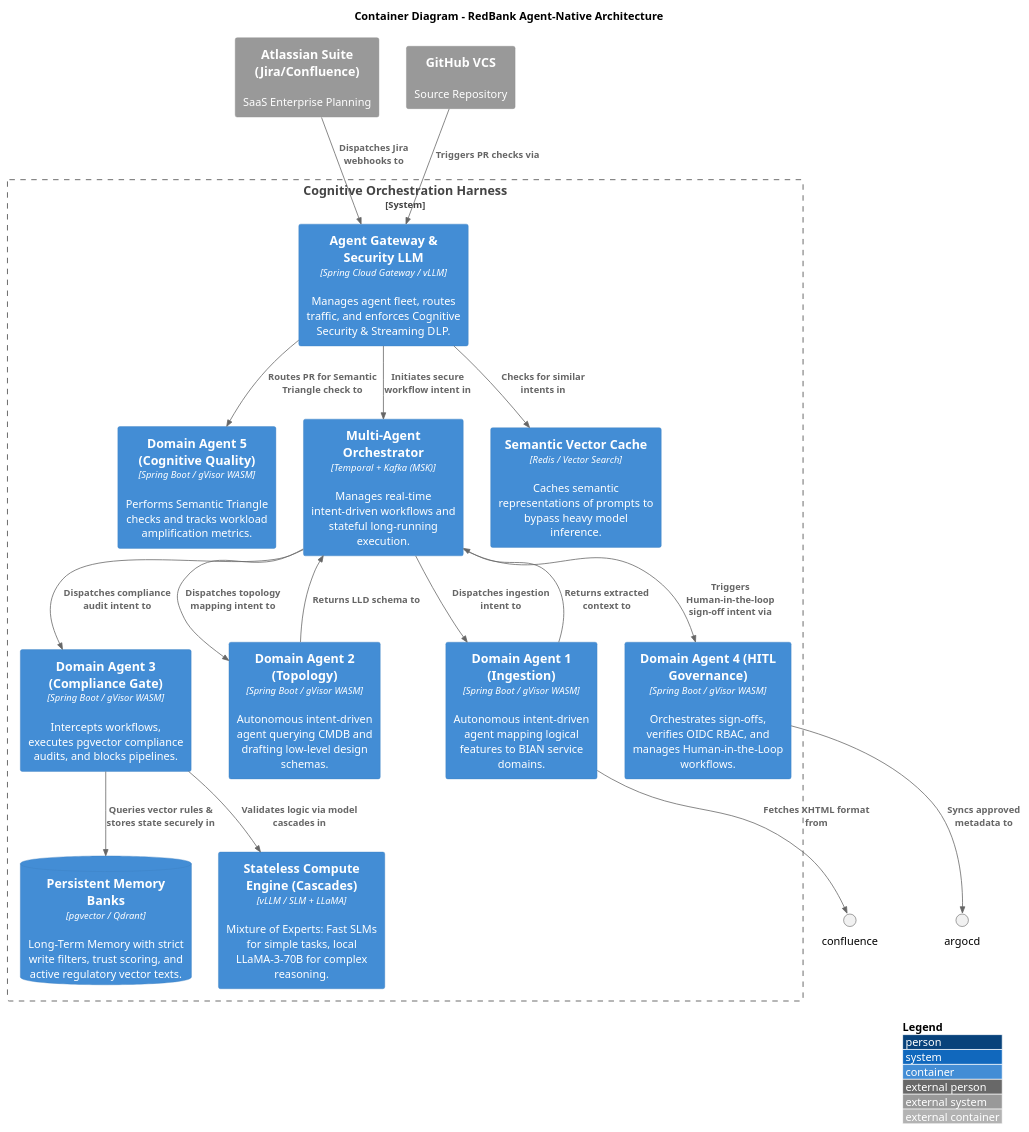
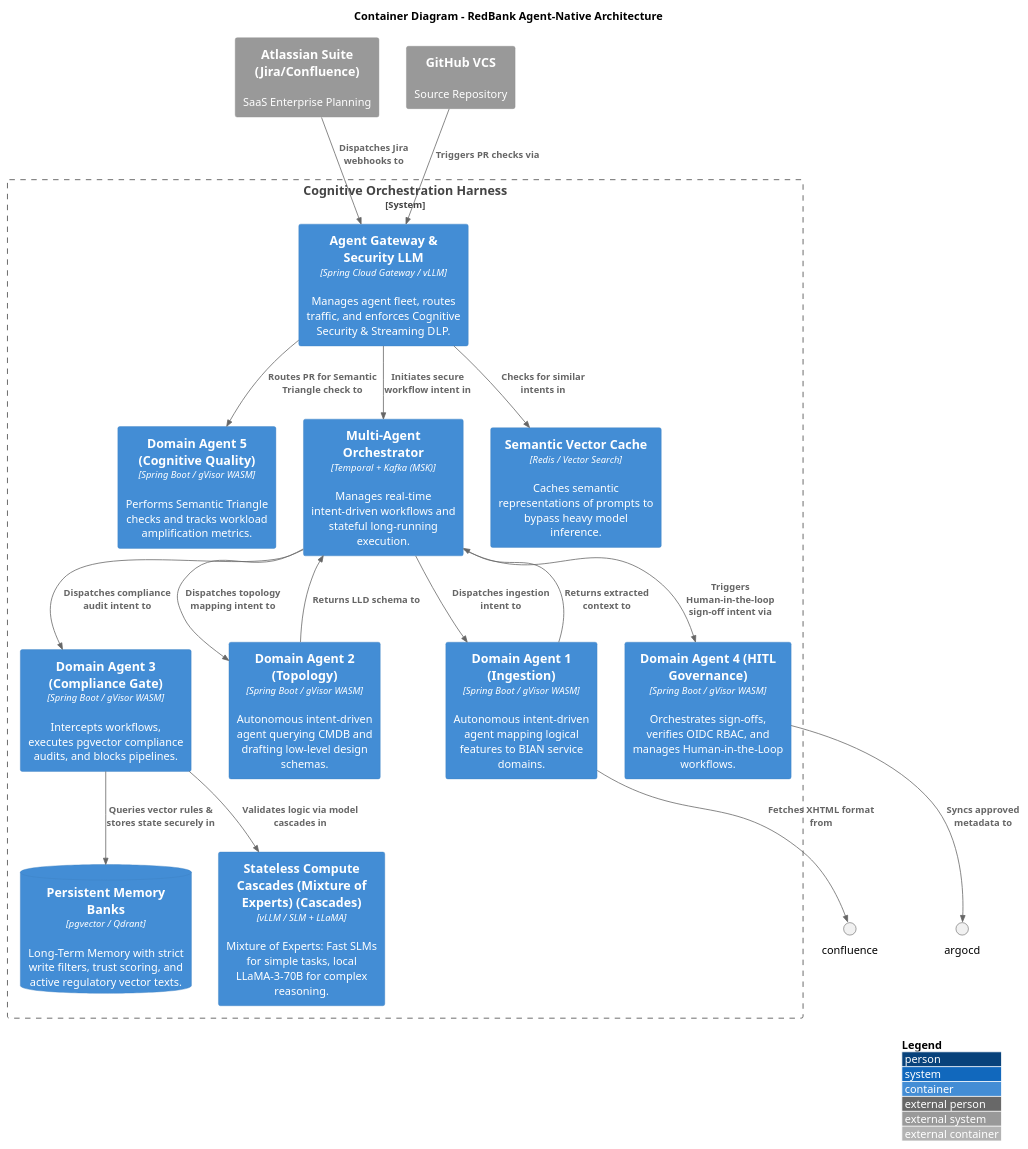
The diagram in redbank-core/c4_container_v2.puml (COPUR/X_Bank-Agentive-Architecture-Framework), drawn with PlantUML before and after one commit. The commit also changed 18 other files, not shown here.

Commit message:
refactor: replace outdated architectural terminologies globally

```diff
--- a/redbank-core/c4_container_v2.puml
+++ b/redbank-core/c4_container_v2.puml
@@ -1,42 +1,42 @@
 @startuml c4_container
 !include https://raw.githubusercontent.com/plantuml-stdlib/C4-PlantUML/master/C4_Container.puml
 
 LAYOUT_WITH_LEGEND()
 
 title Container Diagram - RedBank Agent-Native Architecture
 
 System_Boundary(harness_boundary, "Cognitive Orchestration Harness") {
     Container(agent_gateway, "Agent Gateway & Security LLM", "Spring Cloud Gateway / vLLM", "Manages agent fleet, routes traffic, and enforces Cognitive Security & Streaming DLP.")
     
     Container(agent1, "Domain Agent 1 (Ingestion)", "Spring Boot / gVisor WASM", "Autonomous intent-driven agent mapping logical features to BIAN service domains.")
     Container(agent2, "Domain Agent 2 (Topology)", "Spring Boot / gVisor WASM", "Autonomous intent-driven agent querying CMDB and drafting low-level design schemas.")
     Container(agent3, "Domain Agent 3 (Compliance Gate)", "Spring Boot / gVisor WASM", "Intercepts workflows, executes pgvector compliance audits, and blocks pipelines.")
     Container(agent4, "Domain Agent 4 (HITL Governance)", "Spring Boot / gVisor WASM", "Orchestrates sign-offs, verifies OIDC RBAC, and manages Human-in-the-Loop workflows.")
     Container(agent5, "Domain Agent 5 (Cognitive Quality)", "Spring Boot / gVisor WASM", "Performs Semantic Triangle checks and tracks workload amplification metrics.")
     
     ContainerDb(memory_banks, "Persistent Memory Banks", "pgvector / Qdrant", "Long-Term Memory with strict write filters, trust scoring, and active regulatory vector texts.")
     Container(temporal_kafka, "Multi-Agent Orchestrator", "Temporal + Kafka (MSK)", "Manages real-time intent-driven workflows and stateful long-running execution.")
     
     Container(semantic_cache, "Semantic Vector Cache", "Redis / Vector Search", "Caches semantic representations of prompts to bypass heavy model inference.")
-    Container(local_llm, "Stateless Compute Engine (Cascades)", "vLLM / SLM + LLaMA", "Mixture of Experts: Fast SLMs for simple tasks, local LLaMA-3-70B for complex reasoning.")
+    Container(local_llm, "Stateless Compute Cascades (Mixture of Experts) (Cascades)", "vLLM / SLM + LLaMA", "Mixture of Experts: Fast SLMs for simple tasks, local LLaMA-3-70B for complex reasoning.")
 }
 
 System_Ext(atlassian, "Atlassian Suite (Jira/Confluence)", "SaaS Enterprise Planning")
 System_Ext(github_ext, "GitHub VCS", "Source Repository")
 
 Rel(atlassian, agent_gateway, "Dispatches Jira webhooks to")
 Rel(agent_gateway, semantic_cache, "Checks for similar intents in")
 Rel(agent_gateway, temporal_kafka, "Initiates secure workflow intent in")
 Rel(agent1, confluence, "Fetches XHTML format from")
 Rel(temporal_kafka, agent1, "Dispatches ingestion intent to")
 Rel(agent1, temporal_kafka, "Returns extracted context to")
 Rel(temporal_kafka, agent2, "Dispatches topology mapping intent to")
 Rel(agent2, temporal_kafka, "Returns LLD schema to")
 Rel(temporal_kafka, agent3, "Dispatches compliance audit intent to")
 Rel(agent3, memory_banks, "Queries vector rules & stores state securely in")
 Rel(agent3, local_llm, "Validates logic via model cascades in")
 Rel(temporal_kafka, agent4, "Triggers Human-in-the-loop sign-off intent via")
 Rel(agent4, argocd, "Syncs approved metadata to")
 Rel(github_ext, agent_gateway, "Triggers PR checks via")
 Rel(agent_gateway, agent5, "Routes PR for Semantic Triangle check to")
 @enduml
```
